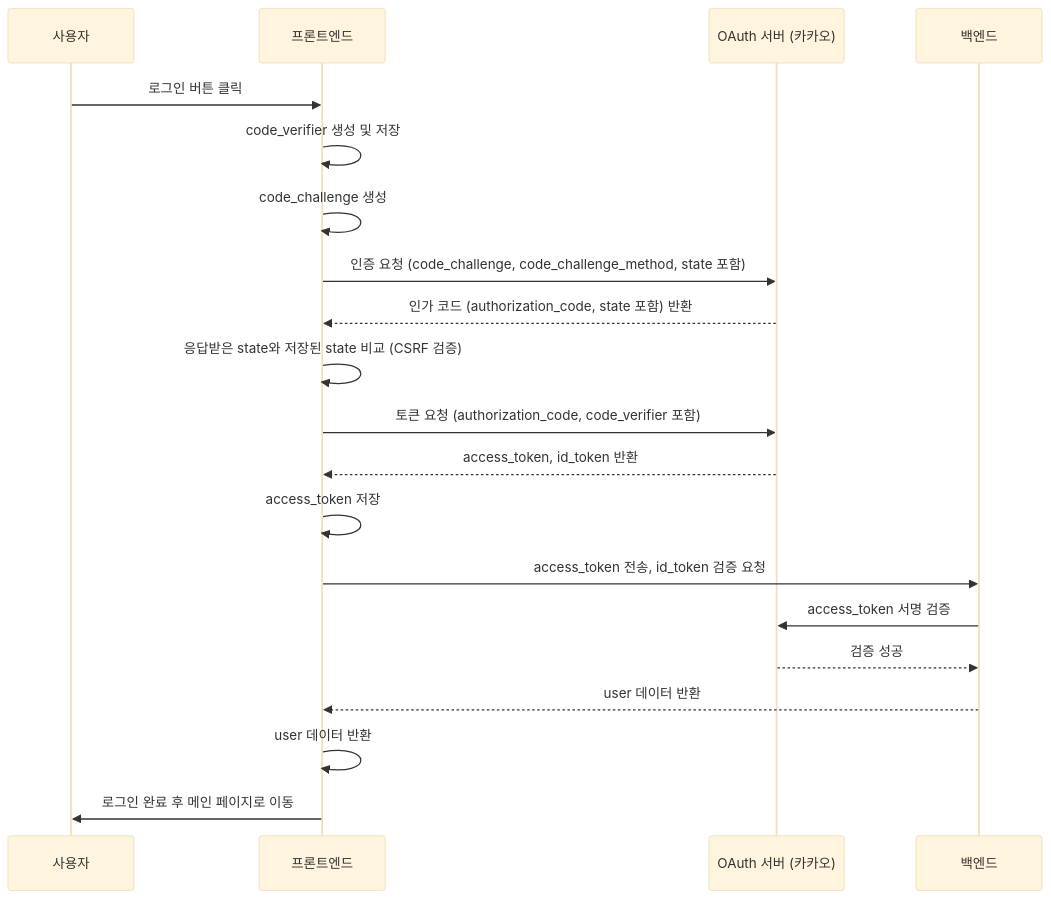
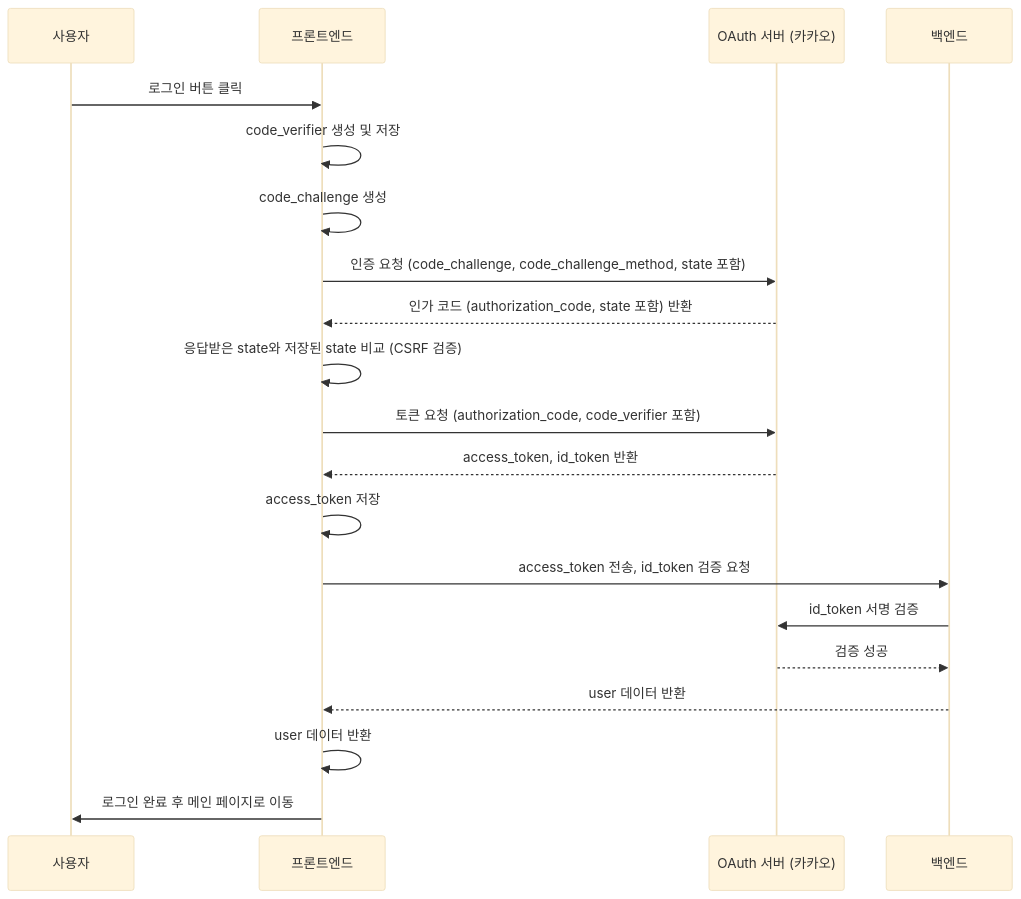
One commit to jk1635/dict changed the third of 3 diagrams in blog/2025-02-03-oauth/index.md. Above: the diagram before and after it, drawn with Mermaid (base theme).

Commit message:
docs: fix typo

````diff
--- a/blog/2025-02-03-oauth/index.md
+++ b/blog/2025-02-03-oauth/index.md
@@ -532,27 +532,27 @@
 ```mermaid
 sequenceDiagram
     participant User as 사용자
     participant Frontend as 프론트엔드
     participant OAuthServer as OAuth 서버 (카카오)
     participant Backend as 백엔드
 
     User->>Frontend: 로그인 버튼 클릭
     Frontend->>Frontend: code_verifier 생성 및 저장
     Frontend->>Frontend: code_challenge 생성
     Frontend->>OAuthServer: 인증 요청 (code_challenge, code_challenge_method, state 포함)
     OAuthServer-->>Frontend: 인가 코드 (authorization_code, state 포함) 반환
 
     Frontend->>Frontend: 응답받은 state와 저장된 state 비교 (CSRF 검증)
     Frontend->>OAuthServer: 토큰 요청 (authorization_code, code_verifier 포함)
     OAuthServer-->>Frontend: access_token, id_token 반환
 
     Frontend->>Frontend: access_token 저장
     Frontend->>Backend: access_token 전송, id_token 검증 요청
-    Backend->>OAuthServer: access_token 서명 검증
+    Backend->>OAuthServer: id_token 서명 검증
     OAuthServer-->>Backend: 검증 성공
     Backend-->>Frontend: user 데이터 반환
 
     Frontend->>Frontend: user 데이터 반환
     Frontend->>User: 로그인 완료 후 메인 페이지로 이동
 
 ```
````
